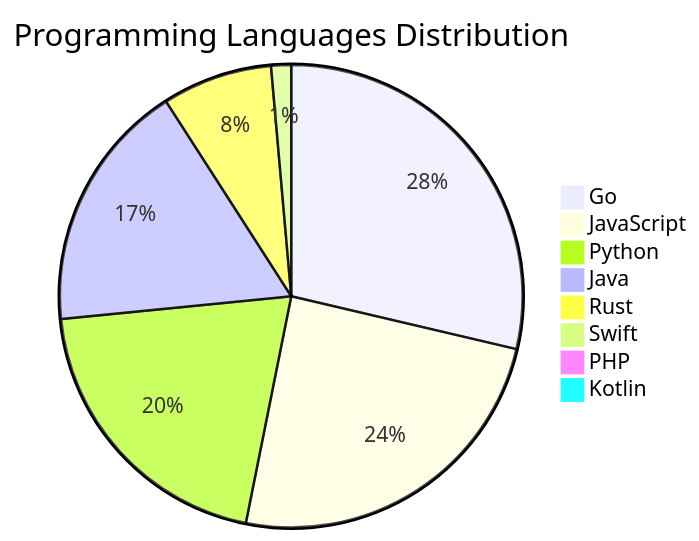
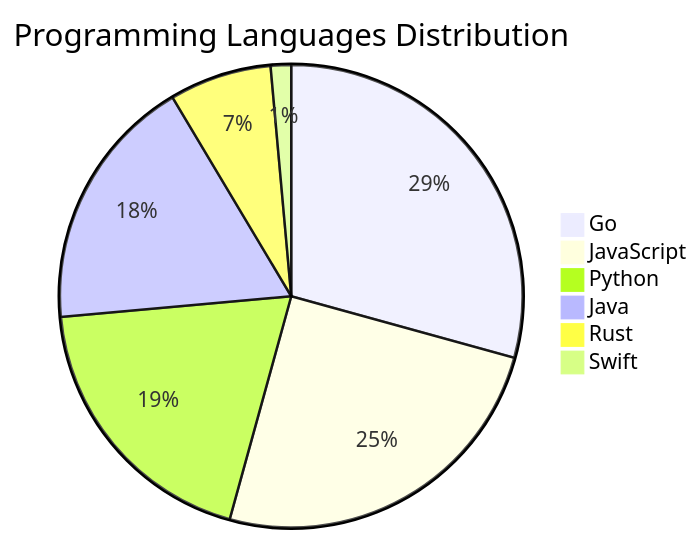
Before and after one commit to Derrick-MUGISHA/github-activity-bot: the diagram in README.md, drawn with Mermaid. The commit also changed other lines of this file and 4 other files, not shown here.

````diff
--- a/README.md
+++ b/README.md
@@ -208,11 +206,9 @@
 ```mermaid
 pie title Programming Languages Distribution
     "Go" : 41
     "JavaScript" : 35
-    "Python" : 29
+    "Python" : 27
     "Java" : 25
-    "Rust" : 11
+    "Rust" : 10
     "Swift" : 2
-    "PHP" : 1
-    "Kotlin" : 1
 ```
````
